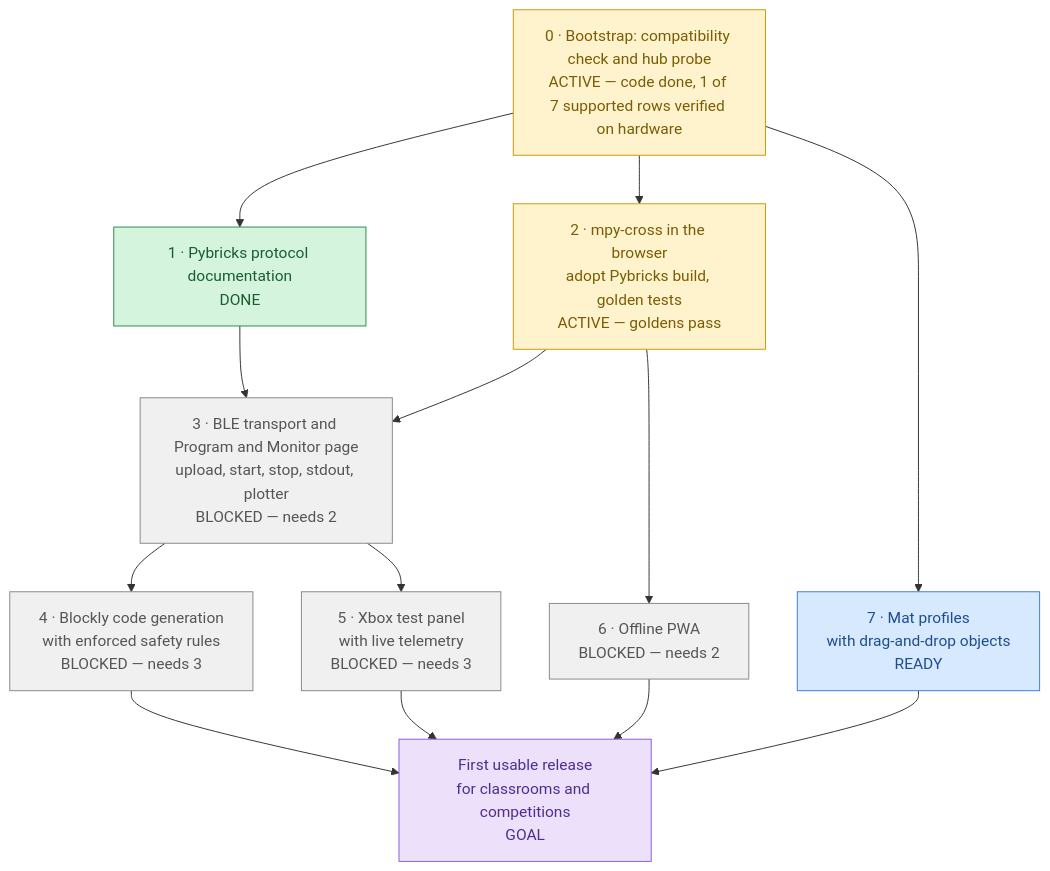
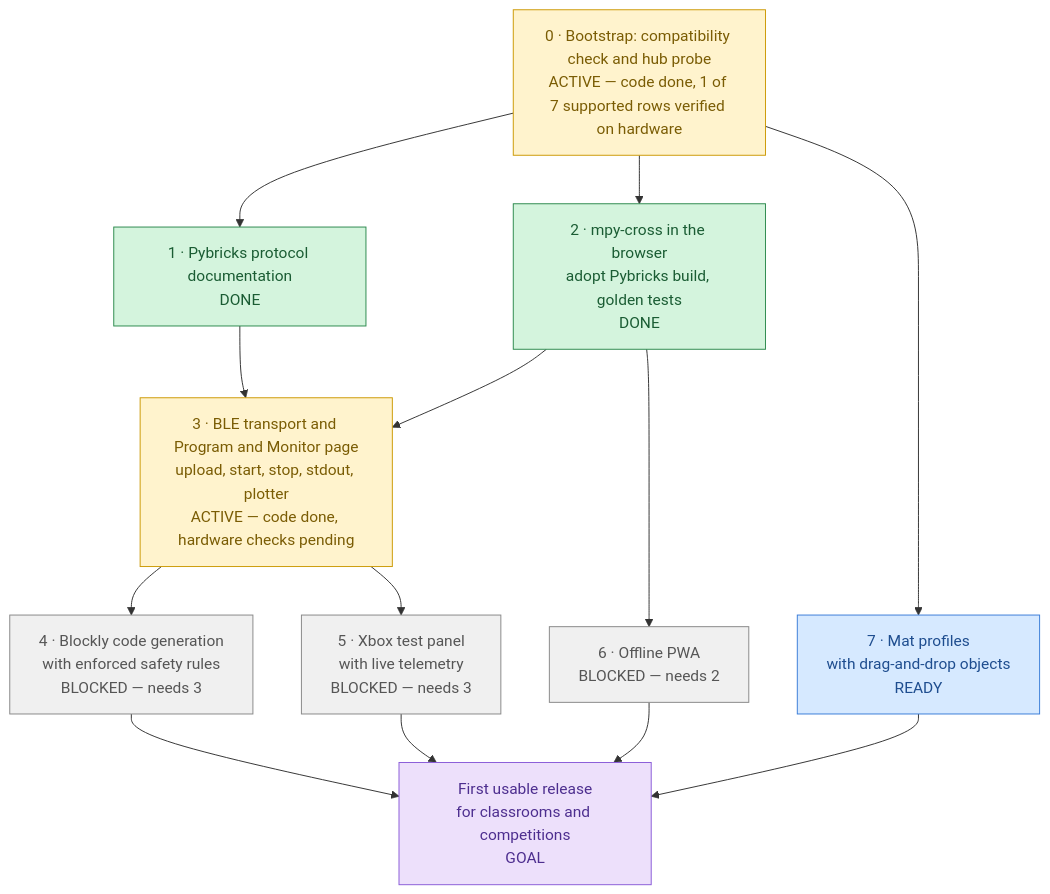
Before and after one commit to lumduan/matpilot: the diagram in docs/roadmap.md, drawn with Mermaid. The commit also changed other lines of this file and 32 other files, not shown here.

First line of the commit message:
feat(program): run programs on the hub with a live monitor and plotter

````diff
--- a/docs/roadmap.md
+++ b/docs/roadmap.md
@@ -10,37 +10,37 @@
 ```mermaid
 flowchart TD
     M0["0 · Bootstrap: compatibility check and hub probe<br/>ACTIVE — code done, 1 of 7 supported rows verified on hardware"]
     M1["1 · Pybricks protocol documentation<br/>DONE"]
-    M2["2 · mpy-cross in the browser<br/>adopt Pybricks build, golden tests<br/>ACTIVE — goldens pass"]
-    M3["3 · BLE transport and Program and Monitor page<br/>upload, start, stop, stdout, plotter<br/>BLOCKED — needs 2"]
+    M2["2 · mpy-cross in the browser<br/>adopt Pybricks build, golden tests<br/>DONE"]
+    M3["3 · BLE transport and Program and Monitor page<br/>upload, start, stop, stdout, plotter<br/>ACTIVE — code done, hardware checks pending"]
     M4["4 · Blockly code generation<br/>with enforced safety rules<br/>BLOCKED — needs 3"]
     M5["5 · Xbox test panel<br/>with live telemetry<br/>BLOCKED — needs 3"]
     M6["6 · Offline PWA<br/>BLOCKED — needs 2"]
     M7["7 · Mat profiles<br/>with drag-and-drop objects<br/>READY"]
     GOAL["First usable release<br/>for classrooms and competitions<br/>GOAL"]
 
     M0 --> M1
     M0 --> M2
     M0 --> M7
     M1 --> M3
     M2 --> M3
     M3 --> M4
     M3 --> M5
     M2 --> M6
     M4 --> GOAL
     M5 --> GOAL
     M6 --> GOAL
     M7 --> GOAL
 
     classDef done     fill:#d4f4dd,stroke:#2d8a4e,color:#1a5c33
     classDef active   fill:#fff3cd,stroke:#cc9a06,color:#7a5c04
     classDef ready    fill:#d6e9ff,stroke:#3b7dd8,color:#1e4d8f
     classDef blocked  fill:#f0f0f0,stroke:#888,color:#555
     classDef goal     fill:#ede0fb,stroke:#8a5cd8,color:#4d2e8f
 
-    class M0,M2 active
-    class M1 done
+    class M0,M3 active
+    class M1,M2 done
     class M7 ready
-    class M3,M4,M5,M6 blocked
+    class M4,M5,M6 blocked
     class GOAL goal
 ```
````
